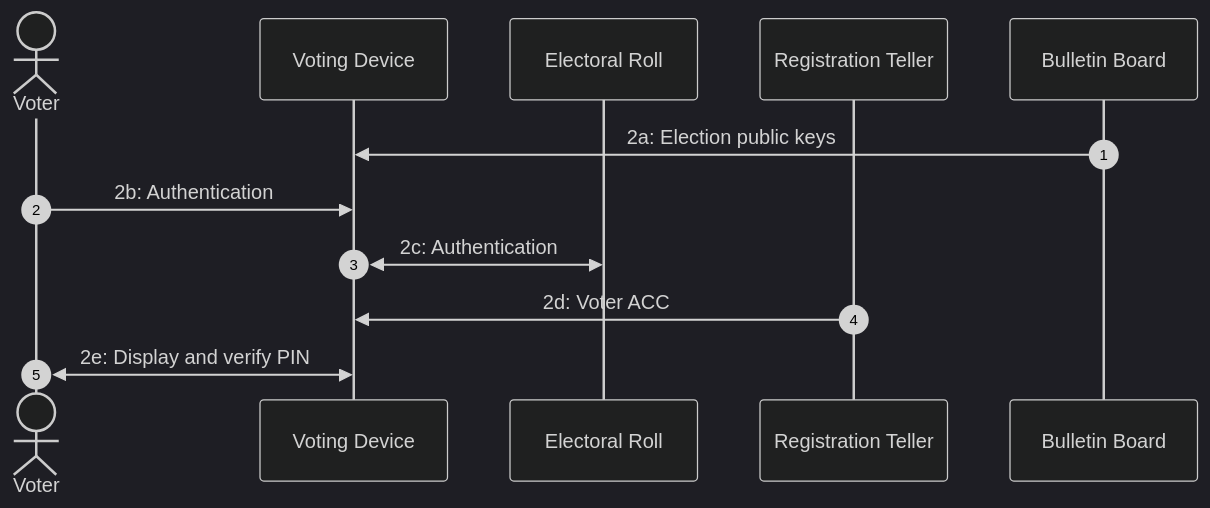
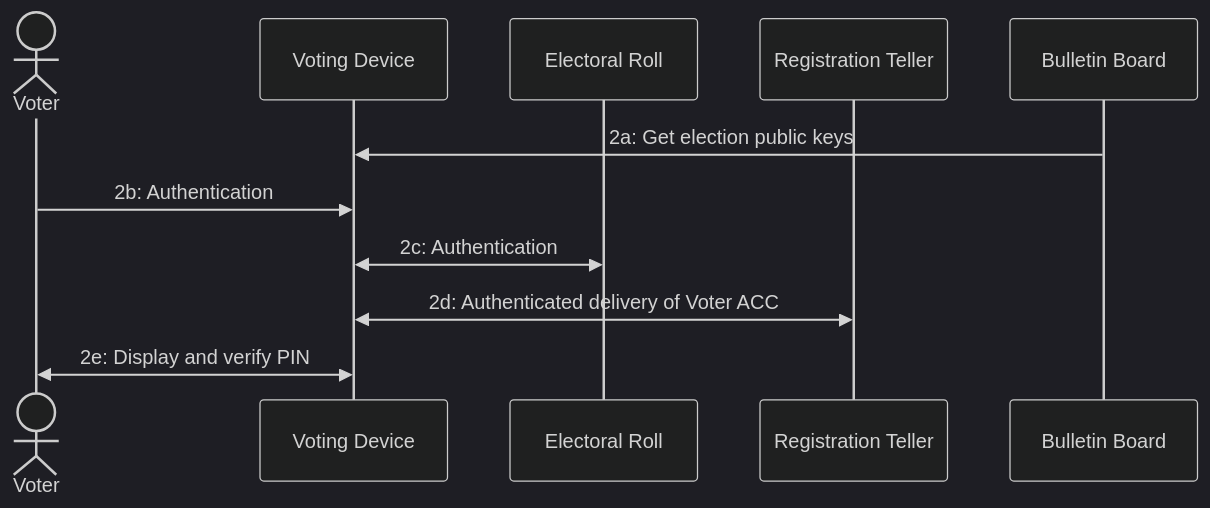
One commit to AlessandroPerez/evoting-rs changed the second of 5 diagrams in README.md. Above: the diagram before and after it, drawn with Mermaid (dark theme). The commit also changed other lines of this file, not shown here.

````diff
--- a/README.md
+++ b/README.md
@@ -45,14 +45,14 @@
 ```mermaid
 sequenceDiagram
-    autonumber
+    %%autonumber
     actor V as Voter
     participant VD as Voting Device
     participant ER as Electoral Roll
     participant RT as Registration Teller
     participant WBB as Bulletin Board
-    WBB->>VD: 2a: Election public keys
+    WBB->>VD: 2a: Get election public keys
     V->>VD: 2b: Authentication
     VD<<->>ER: 2c: Authentication
-    RT->>VD: 2d: Voter ACC
-    V<<->>VD: 2e: Display and verify PIN
+    VD<<->>RT: 2d: Authenticated delivery of Voter ACC
+    VD<<->>V: 2e: Display and verify PIN
 ```
````
